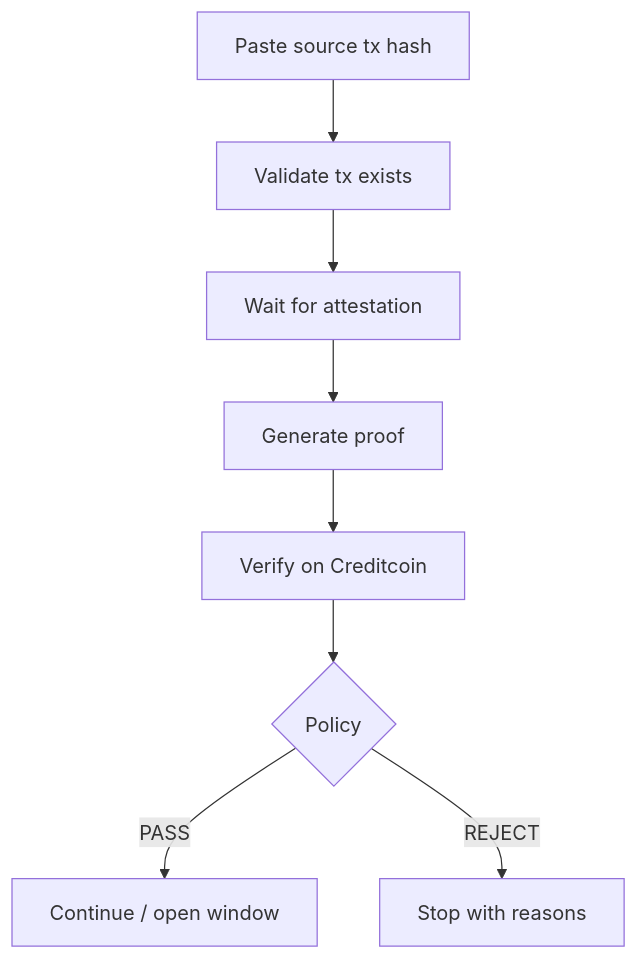
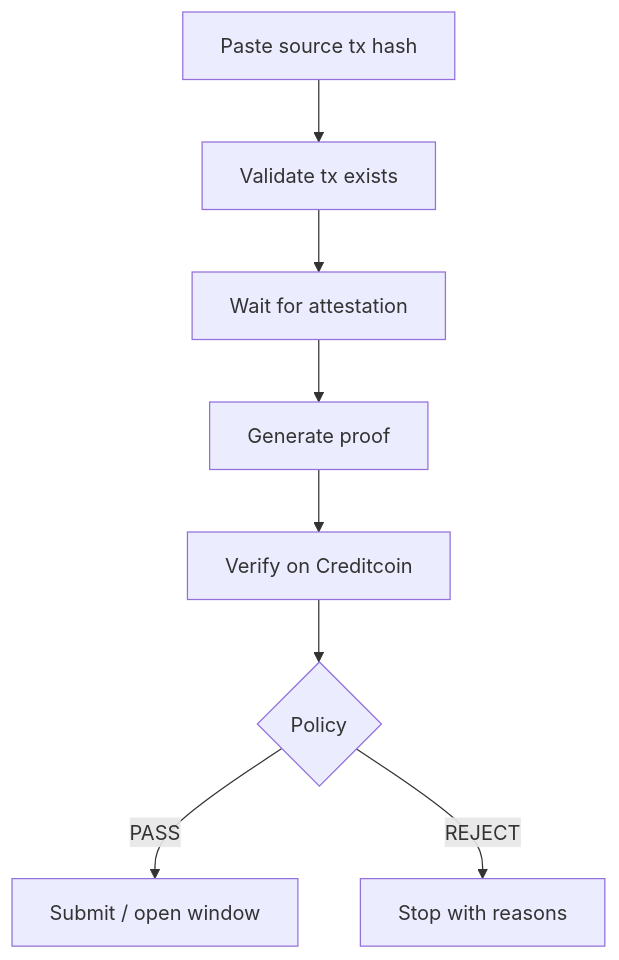
Before and after one commit to godspowerufot/VINCE: the diagram in docs/ux/user-flows.md, drawn with Mermaid. The commit also changed other lines of this file and 73 other files, not shown here.

````diff
--- a/docs/ux/user-flows.md
+++ b/docs/ux/user-flows.md
@@ -22,10 +22,10 @@
 ```mermaid
 flowchart TB
   P[Paste source tx hash] --> V[Validate tx exists]
   V --> W[Wait for attestation]
   W --> PR[Generate proof]
   PR --> R[Verify on Creditcoin]
   R --> D{Policy}
-  D -->|PASS| G[Continue / open window]
+  D -->|PASS| G[Submit / open window]
   D -->|REJECT| X[Stop with reasons]
 ```
````
